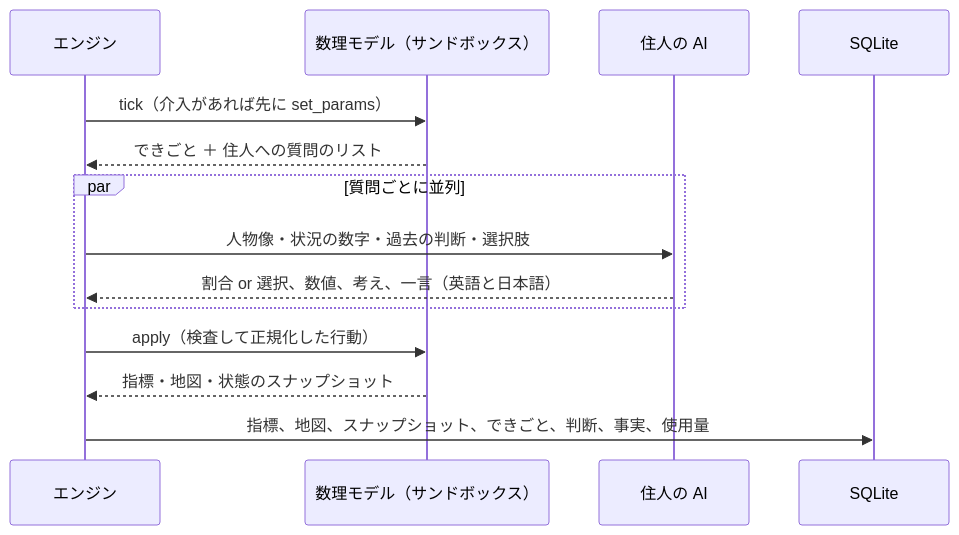
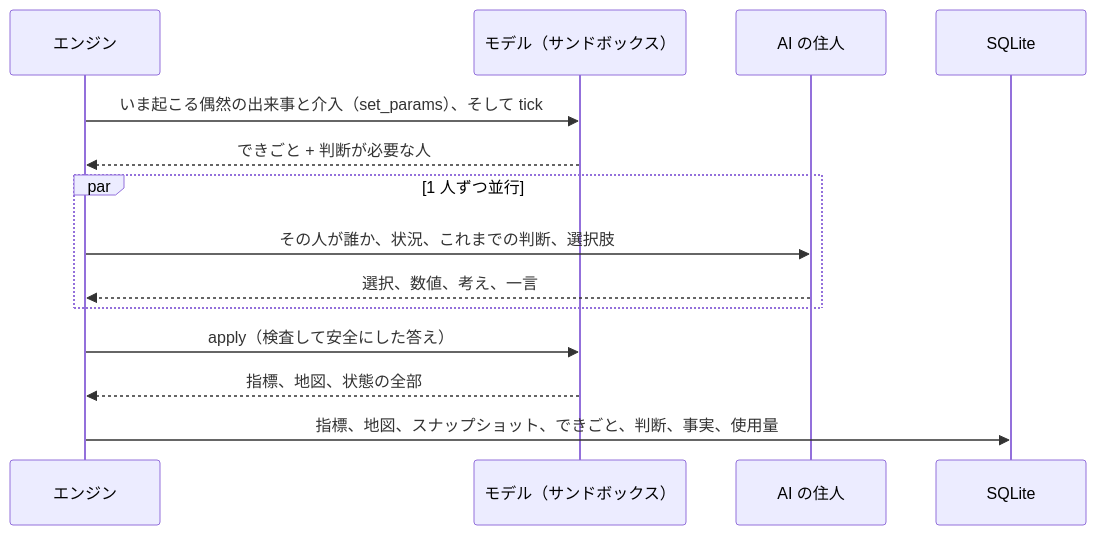
One commit to i-icc/hakoniwa changed the second of 2 diagrams in docs/DESIGN.ja.md. Above: the diagram before and after it, drawn with Mermaid. The commit also changed other lines of this file and 83 other files, not shown here.

````diff
--- a/docs/DESIGN.ja.md
+++ b/docs/DESIGN.ja.md
@@ -39,16 +48,16 @@
 ```mermaid
 sequenceDiagram
   participant E as エンジン
-  participant M as 数理モデル（サンドボックス）
-  participant A as 住人の AI
+  participant M as モデル（サンドボックス）
+  participant A as AI の住人
   participant DB as SQLite
-  E->>M: tick（介入があれば先に set_params）
-  M-->>E: できごと ＋ 住人への質問のリスト
-  par 質問ごとに並列
-    E->>A: 人物像・状況の数字・過去の判断・選択肢
-    A-->>E: 割合 or 選択、数値、考え、一言（英語と日本語）
+  E->>M: いま起こる偶然の出来事と介入（set_params）、そして tick
+  M-->>E: できごと + 判断が必要な人
+  par 1 人ずつ並行
+    E->>A: その人が誰か、状況、これまでの判断、選択肢
+    A-->>E: 選択、数値、考え、一言
   end
-  E->>M: apply（検査して正規化した行動）
-  M-->>E: 指標・地図・状態のスナップショット
+  E->>M: apply（検査して安全にした答え）
+  M-->>E: 指標、地図、状態の全部
   E->>DB: 指標、地図、スナップショット、できごと、判断、事実、使用量
 ```
````
